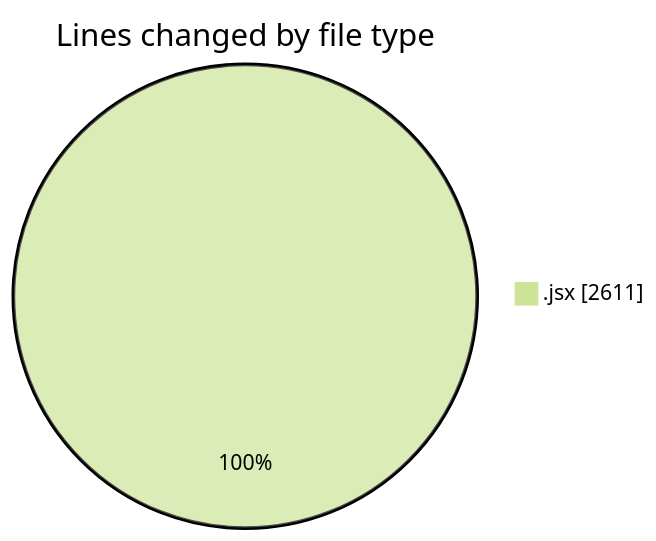
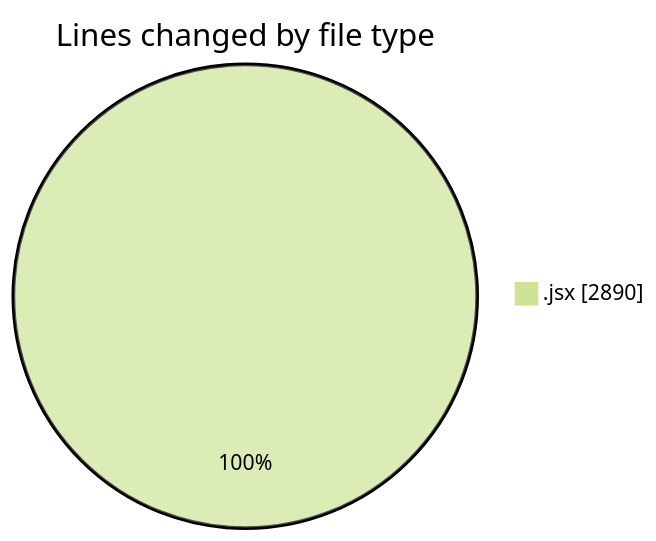
One commit to nxtqubesakshisongat/code-tracking changed the first of 2 diagrams in 2025-05-12/argos-dev/README.md. Above: the diagram before and after it, drawn with Mermaid (forest theme). The commit also changed other lines of this file and 1 other file, not shown here.

````diff
--- a/2025-05-12/argos-dev/README.md
+++ b/2025-05-12/argos-dev/README.md
@@ -26,5 +26,5 @@
 ```mermaid
 pie showData
 title Lines changed by file type
-".jsx" : 2611
+".jsx" : 2890
 ```
````
